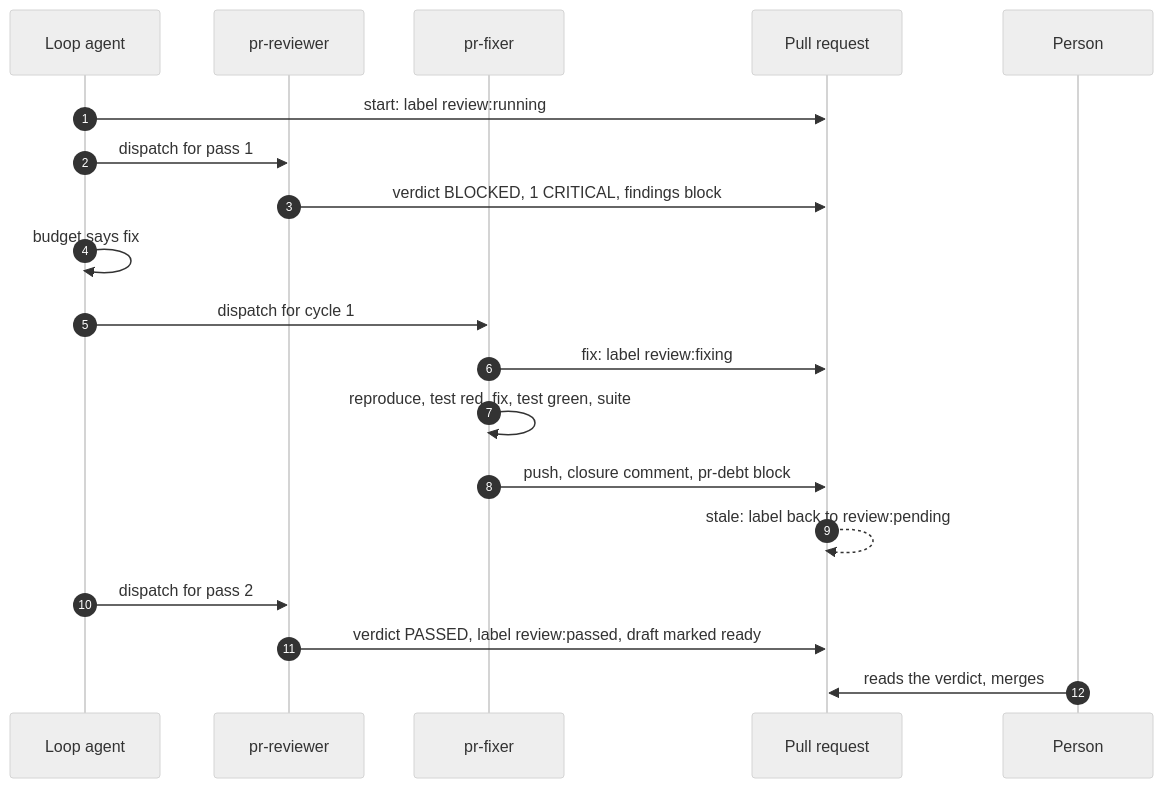
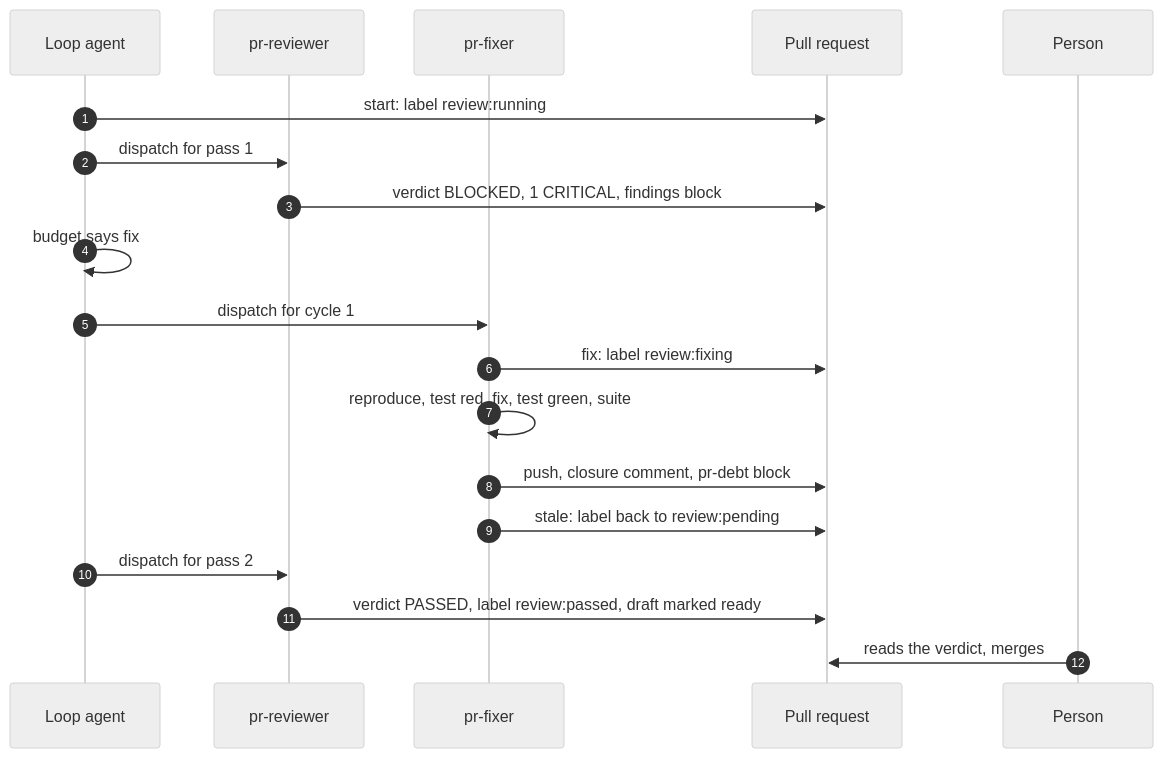
The third of 5 diagrams in docs/HOW-IT-WORKS.md (jonyfs/pr-reviewer-fixer), drawn with Mermaid (neutral theme) before and after one commit. The commit also changed 9 other files, not shown here.

````diff
--- a/docs/HOW-IT-WORKS.md
+++ b/docs/HOW-IT-WORKS.md
@@ -82,21 +82,21 @@
 ```mermaid
 sequenceDiagram
     autonumber
     participant L as Loop agent
     participant R as pr-reviewer
     participant F as pr-fixer
     participant GH as Pull request
     participant P as Person
     L->>GH: start: label review:running
     L->>R: dispatch for pass 1
     R->>GH: verdict BLOCKED, 1 CRITICAL, findings block
     L->>L: budget says fix
     L->>F: dispatch for cycle 1
     F->>GH: fix: label review:fixing
     F->>F: reproduce, test red, fix, test green, suite
     F->>GH: push, closure comment, pr-debt block
-    GH-->>GH: stale: label back to review:pending
+    F->>GH: stale: label back to review:pending
     L->>R: dispatch for pass 2
     R->>GH: verdict PASSED, label review:passed, draft marked ready
     P->>GH: reads the verdict, merges
 ```
````
